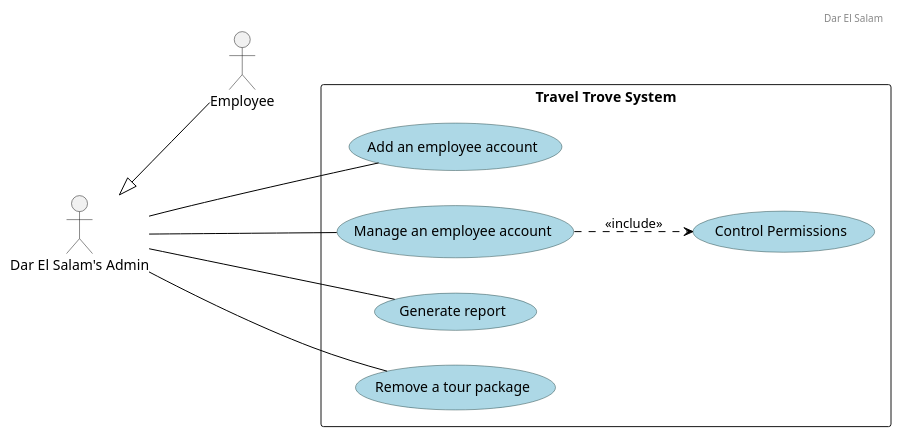
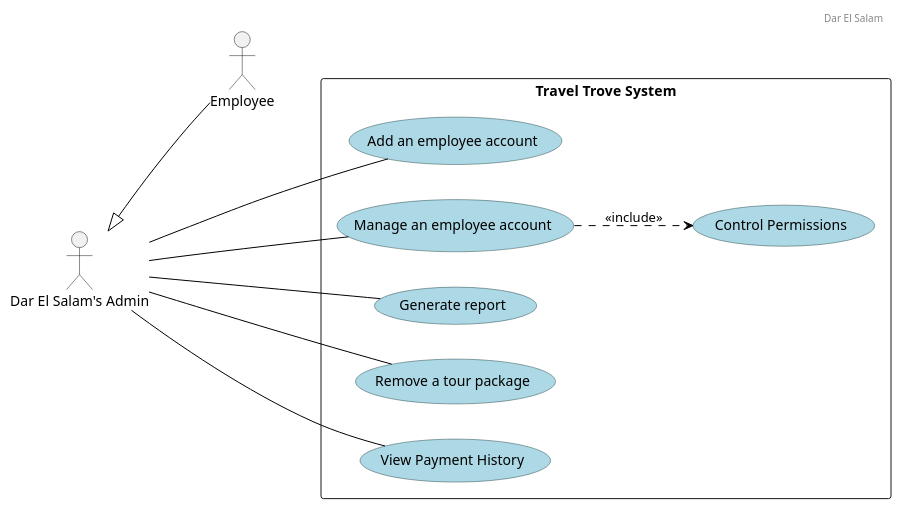
Before and after one commit to Hares-2088/TravelTrove: the diagram in diagrams/use cases/Admin.puml, drawn with PlantUML. The commit also changed 5 other files, not shown here.

Commit message:
diagrams and e2e testing fix

```diff
--- a/diagrams/use cases/Admin.puml
+++ b/diagrams/use cases/Admin.puml
@@ -1,36 +1,38 @@
 @startuml
 scale 1
 left to right direction
 
 header
 Dar El Salam
 endheader
 
 ' Custom skin parameters for use cases
 skinparam usecase {
     BackgroundColor lightblue
     BorderColor DarkSlateGray
     ArrowColor Black
 }
 
 actor "Dar El Salam's Admin" as Admin
 
 rectangle "Travel Trove System" {
 
     usecase "Add an employee account"
     usecase "Manage an employee account"
     usecase "Control Permissions"
     usecase "Generate report"
     usecase "Remove a tour package"
+    usecase "View Payment History"
 
 }
 
 "Manage an employee account" ..> "Control Permissions" : <<include>>
 Admin <|-- Employee
 Admin --- "Add an employee account"
 Admin -- "Manage an employee account"
 Admin -- "Generate report"
 Admin -- "Remove a tour package"
+Admin -- "View Payment History"
 
 
 @enduml
```
